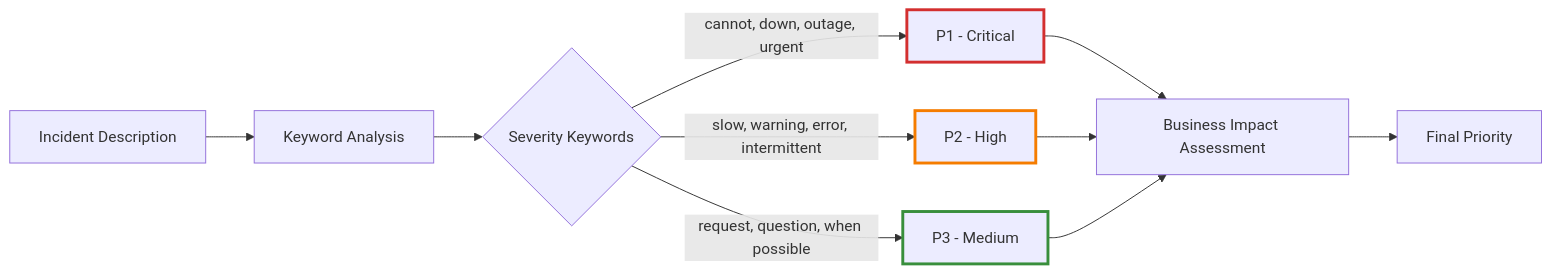
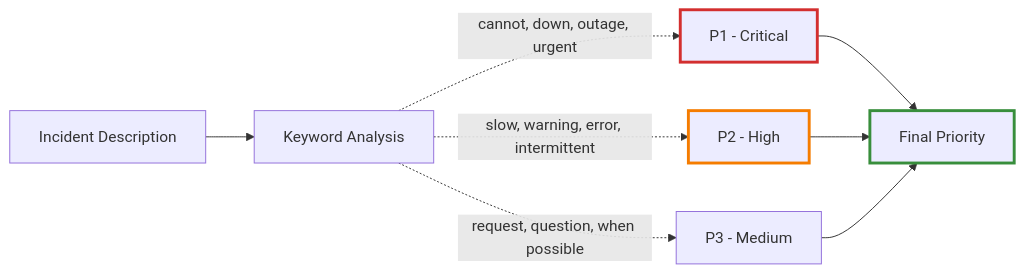
One commit to dextersjab/agentic-workbench-langgraph changed the fourth of 7 diagrams in README.md. Above: the diagram before and after it, drawn with Mermaid. The commit also changed other lines of this file and 1 other file, not shown here.

````diff
--- a/README.md
+++ b/README.md
@@ -168,18 +153,15 @@
 ```mermaid
 graph LR
     A[Incident Description] --> B[Keyword Analysis]
-    B --> C{Severity Keywords}
-    C -->|cannot, down, outage, urgent| D[P1 - Critical]
-    C -->|slow, warning, error, intermittent| E[P2 - High]
-    C -->|request, question, when possible| F[P3 - Medium]
+    B -.->|cannot, down, outage, urgent| C[P1 - Critical]
+    B -.->|slow, warning, error, intermittent| D[P2 - High] 
+    B -.->|request, question, when possible| E[P3 - Medium]
     
-    D --> G[Business Impact Assessment]
-    E --> G
-    F --> G
+    C --> F[Final Priority]
+    D --> F
+    E --> F
     
-    G --> H[Final Priority]
-    
-    style D stroke:#d32f2f,stroke-width:3px
-    style E stroke:#f57c00,stroke-width:3px
+    style C stroke:#d32f2f,stroke-width:3px
+    style D stroke:#f57c00,stroke-width:3px
     style F stroke:#388e3c,stroke-width:3px
 ```
````
